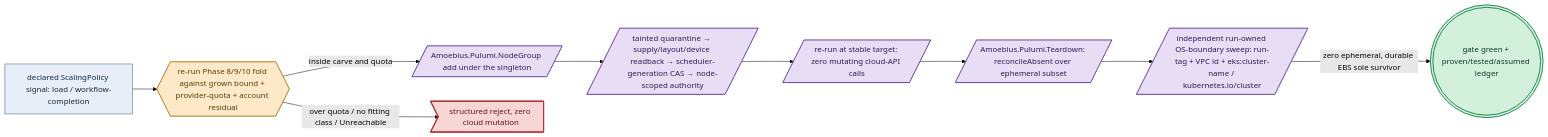
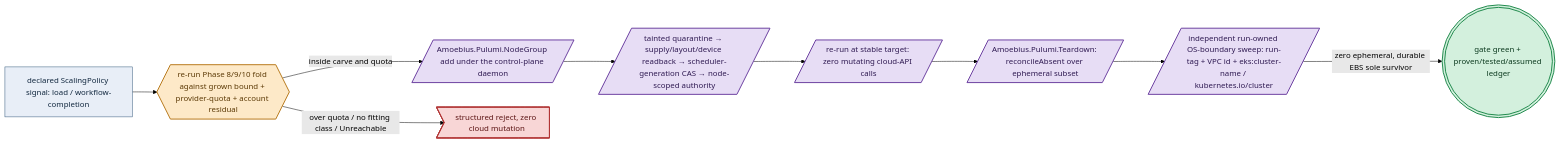
The first of 2 diagrams in DEVELOPMENT_PLAN/phase_52_provider_dynamic_nodes.md (Tuee22/amoebius), drawn with Mermaid (forest theme) before and after one commit. The commit also changed other lines of this file and 1233 other files, not shown here.

````diff
--- a/DEVELOPMENT_PLAN/phase_52_provider_dynamic_nodes.md
+++ b/DEVELOPMENT_PLAN/phase_52_provider_dynamic_nodes.md
@@ -141,17 +141,17 @@
 ```mermaid
 flowchart LR
 %% register: algebra
   signal["declared ScalingPolicy signal: load / workflow-completion"]:::intent --> fold{{"re-run Phase 8/9/10 fold against grown bound + provider-quota + account residual"}}:::gate
-  fold -->|inside carve and quota| enact[/"Amoebius.Pulumi.NodeGroup add under the singleton"/]:::effect
+  fold -->|inside carve and quota| enact[/"Amoebius.Pulumi.NodeGroup add under the control-plane daemon"/]:::effect
   fold -->|over quota / no fitting class / Unreachable| refuse>"structured reject, zero cloud mutation"]:::refuse
   enact --> join[/"tainted quarantine → supply/layout/device readback → scheduler-generation CAS → node-scoped authority"/]:::effect
   join --> noop[/"re-run at stable target: zero mutating cloud-API calls"/]:::effect
   noop --> teardown[/"Amoebius.Pulumi.Teardown: reconcileAbsent over ephemeral subset"/]:::effect
   teardown --> sweep[/"independent run-owned OS-boundary sweep: run-tag + VPC id + eks:cluster-name / kubernetes.io/cluster"/]:::effect
   sweep -->|zero ephemeral, durable EBS sole survivor| green((("gate green + proven/tested/assumed ledger"))):::seal
   classDef intent   fill:#e8eef7,stroke:#33587a,color:#12283f,stroke-width:1px
   classDef gate     fill:#fde9c8,stroke:#b8791b,color:#5c3a06,stroke-width:2px
   classDef effect   fill:#e7ddf5,stroke:#6b3fa0,color:#2f1a52,stroke-width:2px
   classDef refuse   fill:#f8d6d6,stroke:#b23636,color:#5c1414,stroke-width:2px
   classDef seal     fill:#d3f0dd,stroke:#1f8a4c,color:#0c3a1f,stroke-width:2px
 ```
````
